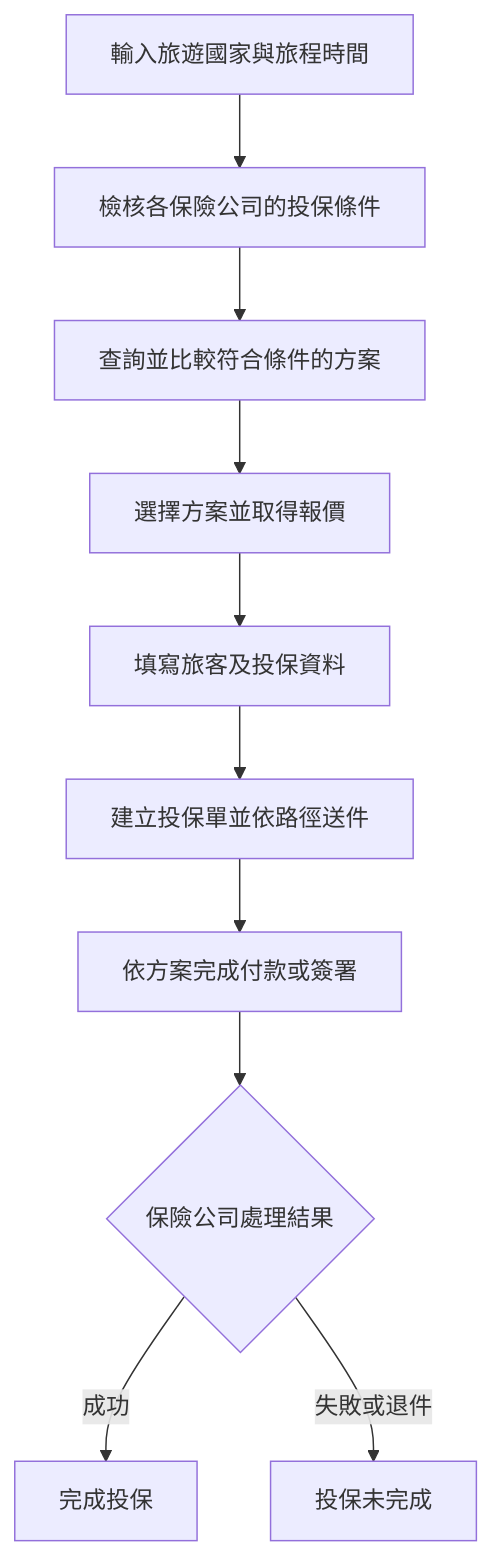
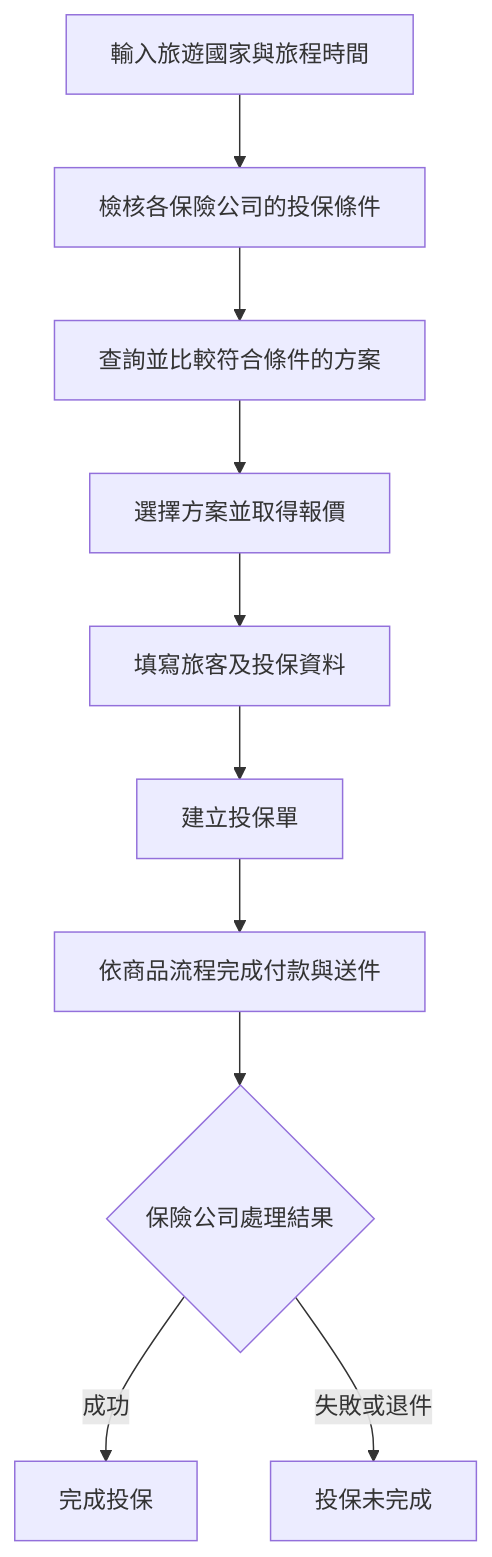
The second of 3 diagrams in README.md (highhao/insurance-saas-platform), drawn with Mermaid before and after one commit. The commit also changed other lines of this file, not shown here.

Commit message:
Refine portfolio architecture and presentation

````diff
--- a/README.md
+++ b/README.md
@@ -35,12 +35,12 @@
 ```mermaid
 flowchart TB
     A[輸入旅遊國家與旅程時間] --> B[檢核各保險公司的投保條件]
     B --> C[查詢並比較符合條件的方案]
     C --> D[選擇方案並取得報價]
     D --> E[填寫旅客及投保資料]
-    E --> F[建立投保單並依路徑送件]
-    F --> G[依方案完成付款或簽署]
+    E --> F[建立投保單]
+    F --> G[依商品流程完成付款與送件]
     G --> H{保險公司處理結果}
     H -->|成功| I[完成投保]
     H -->|失敗或退件| J[投保未完成]
 ```
````
